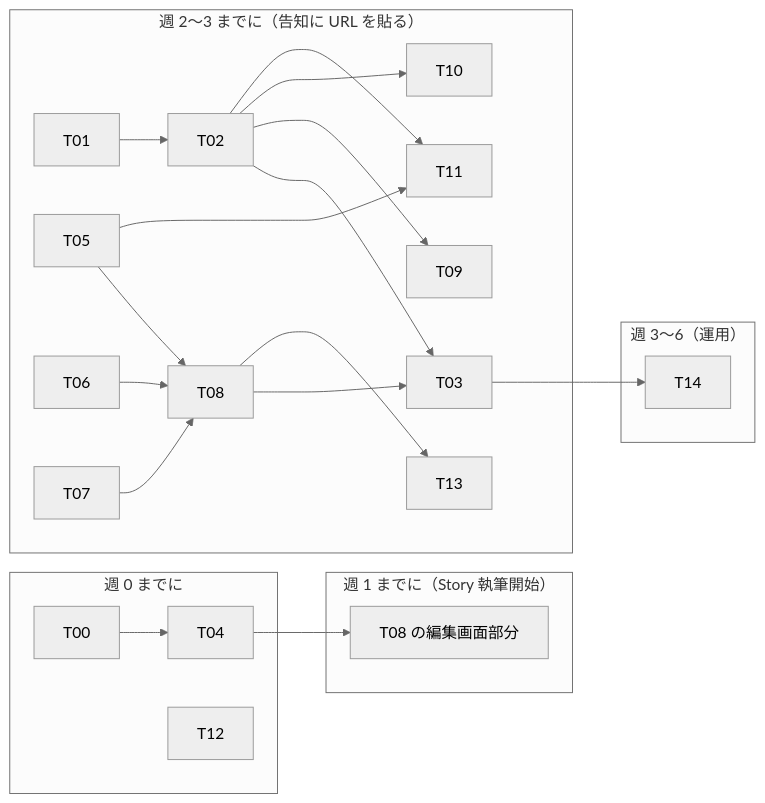
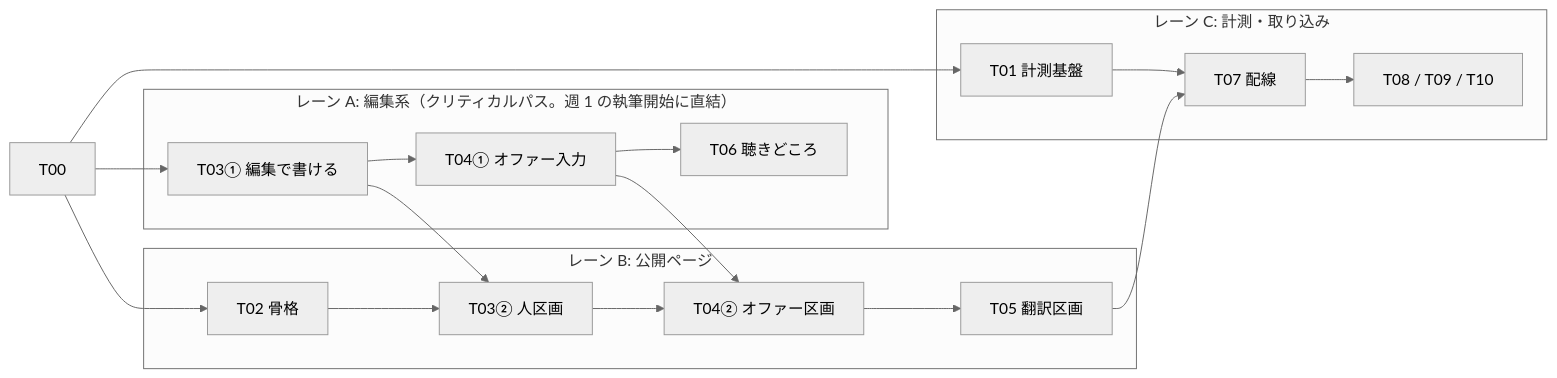
One commit to hirayamahiroto/beatSinkCentral changed the diagram in docs/plans/know-to-support-beta/plan.md. Above: the diagram before and after it, drawn with Mermaid (neutral theme). The commit also changed other lines of this file and 1 other file, not shown here.

````diff
--- a/docs/plans/know-to-support-beta/plan.md
+++ b/docs/plans/know-to-support-beta/plan.md
@@ -46,20 +54,16 @@
 ```mermaid
 flowchart LR
-    subgraph week0["週 0 までに"]
-        T00 --> T04
-        T12
+    T00 --> A1 & B1 & C1
+    subgraph laneA["レーン A: 編集系（クリティカルパス。週 1 の執筆開始に直結）"]
+        A1["T03① 編集で書ける"] --> A2["T04① オファー入力"] --> A3["T06 聴きどころ"]
     end
-    subgraph week1["週 1 までに（Story 執筆開始）"]
-        T04 --> T08e["T08 の編集画面部分"]
+    subgraph laneB["レーン B: 公開ページ"]
+        B1["T02 骨格"] --> B2["T03② 人区画"] --> B3["T04② オファー区画"] --> B4["T05 翻訳区画"]
     end
-    subgraph week3["週 2〜3 までに（告知に URL を貼る）"]
-        T01 --> T02 --> T03
-        T05 & T06 & T07 --> T08 --> T03
-        T02 --> T09 & T10 & T11
-        T05 --> T11
-        T08 --> T13
+    subgraph laneC["レーン C: 計測・取り込み"]
+        C1["T01 計測基盤"] --> C2["T07 配線"] --> C3["T08 / T09 / T10"]
     end
-    subgraph week6["週 3〜6（運用）"]
-        T03 --> T14
-    end
+    A1 --> B2
+    A2 --> B3
+    B4 --> C2
 ```
````
